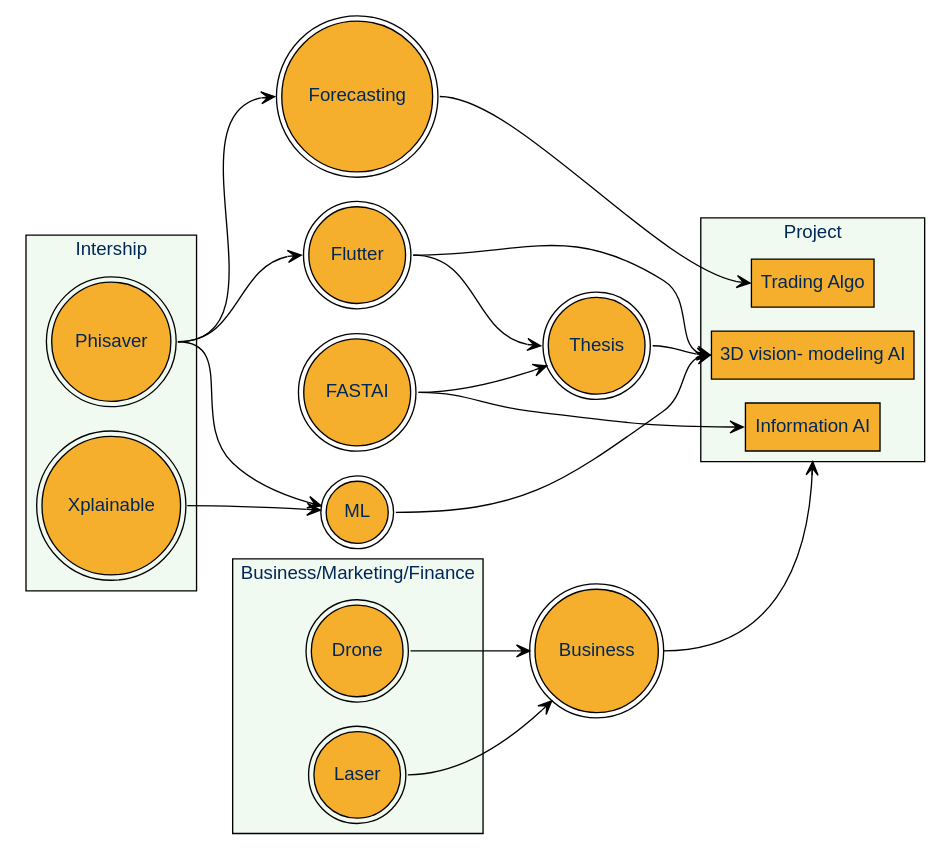
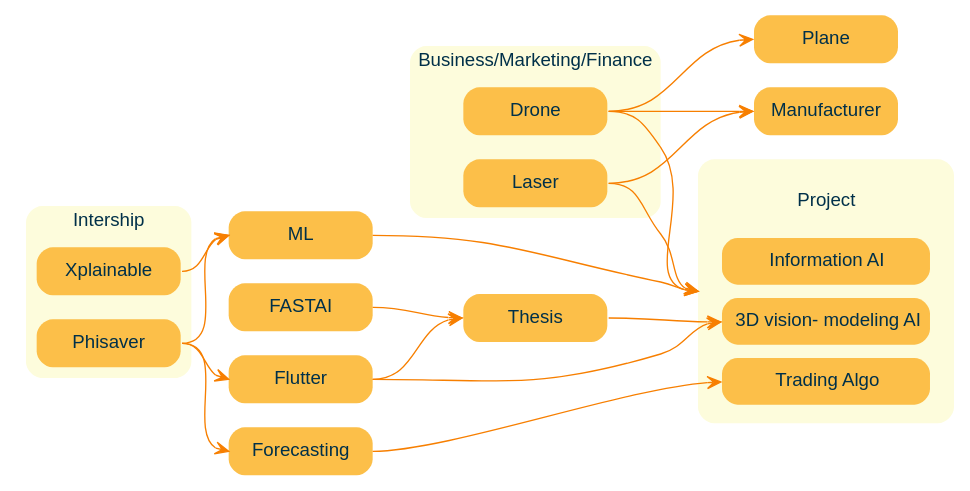
One commit to bthek1/benedicts_blog changed the diagram in nbs/posts/process.gv. Above: the diagram before and after it, drawn with Graphviz. The commit also changed 6 other files, not shown here.

```diff
--- a/nbs/posts/process.gv
+++ b/nbs/posts/process.gv
@@ -1,39 +1,39 @@
 digraph A {
-	graph [compound=true fillcolor="#F1FAF0" fontcolor="#002855" fontname="Helvetica,Arial,sans-serif" rankdir=LR style=filled]
-	node [fillcolor="#F6AE2D" fontcolor="#002855" fontname="Helvetica,Arial,sans-serif" shape=doublecircle size="8,5" style=filled]
-	edge [arrowhead=vee arrowsize=1 fontname="Helvetica,Arial,sans-serif" len=1.00]
-	subgraph cluster_Project {
-		fillcolor="#F1FAF0" fontcolor="#002855" label=Project shape=doublecircle
-		node [fillcolor="#F6AE2D" fontcolor="#002855" shape=box]
-		InfoAI [label="Information AI"]
-		"3D" [label="3D vision- modeling AI"]
-		stocks [label="Trading Algo"]
-	}
+	graph [compound=true fillcolor="#d62828" fontcolor="#003049" fontname="Helvetica,Arial,sans-serif" penwidth=0 rankdir=LR style="rounded,filled"]
+	node [fillcolor="#fcbf49" fontcolor="#003049" fontname="Helvetica,Arial,sans-serif" penwidth=0 shape=box size="8,5" style="rounded,filled" width=1.5]
+	edge [arrowhead=vee arrowsize=1 color="#f77f00" fontname="Helvetica,Arial,sans-serif" len=1.00]
 	subgraph clusterBusiness {
-		fillcolor="#F1FAF0" fontcolor="#002855" label="Business/Marketing/Finance" shape=doublecircle
-		node [fillcolor="#F6AE2D" fontcolor="#002855" shape=doublecircle]
-		InfoAI [label="Information AI"]
+		fillcolor="#fdfcdc" fontcolor="#003049" label="Business/Marketing/Finance" shape=doublecircle
+		node [fillcolor="#fcbf49" fontcolor="#003049" penwidth=0 shape=box]
 		Drone [label=Drone]
 		Laser [label=Laser]
 	}
 	subgraph clusterIntern {
-		fillcolor="#F1FAF0" fontcolor="#002855" label=Intership shape=doublecircle
-		node [fillcolor="#F6AE2D" fontcolor="#002855" shape=doublecircle]
+		fillcolor="#fdfcdc" fontcolor="#003049" label=Intership shape=doublecircle
+		node [fillcolor="#fcbf49" fontcolor="#003049" shape=box]
 		phisaver [label=Phisaver]
 		xplainable [label=Xplainable]
 	}
-	FASTAI:e -> Thesis
-	FASTAI:e -> InfoAI:w
-	Thesis:e -> "3D":w
+	Project [label=<
+<TABLE BORDER="0" CELLBORDER="0" CELLSPACING="10" CELLPADDING="10" STYLE = "rounded">
+  <TR><TD PORT="f" BORDER="0" STYLE = "rounded" WIDTH="100" >Project</TD></TR>
+  <TR><TD PORT="InfoAI" STYLE = "rounded" BGCOLOR="#fcbf49" >Information AI</TD></TR>
+  <TR><TD PORT="3D" STYLE = "rounded" BGCOLOR="#fcbf49" >3D vision- modeling AI</TD></TR>
+  <TR><TD PORT="stocks" STYLE = "rounded" BGCOLOR="#fcbf49" >Trading Algo</TD></TR>
+</TABLE>> fillcolor="#fdfcdc" penwidth=0]
+	FASTAI:e -> Thesis:w
+	Thesis:e -> Project:"3D":w
 	phisaver:e -> Flutter:w
 	phisaver:e -> Forecasting:w
-	phisaver:e -> ML
-	xplainable:e -> ML
-	ML:e -> "3D":w
-	Forecasting:e -> stocks:w
-	Flutter:e -> "3D":w
+	phisaver:e -> ML:w
+	Forecasting:e -> Project:stocks:w
+	Flutter:e -> Project:"3D":w
 	Flutter:e -> Thesis:w
-	Drone:e -> Business:w
-	Laser:e -> Business
-	Business:e -> InfoAI:s [lhead=cluster_Project]
+	xplainable:e -> ML:w
+	ML:e -> Project:w
+	Laser:e -> Project:w
+	Laser:e -> Manufacturer:w
+	Drone:e -> Project:w
+	Drone:e -> Plane:w
+	Drone:e -> Manufacturer:w
 }
```
